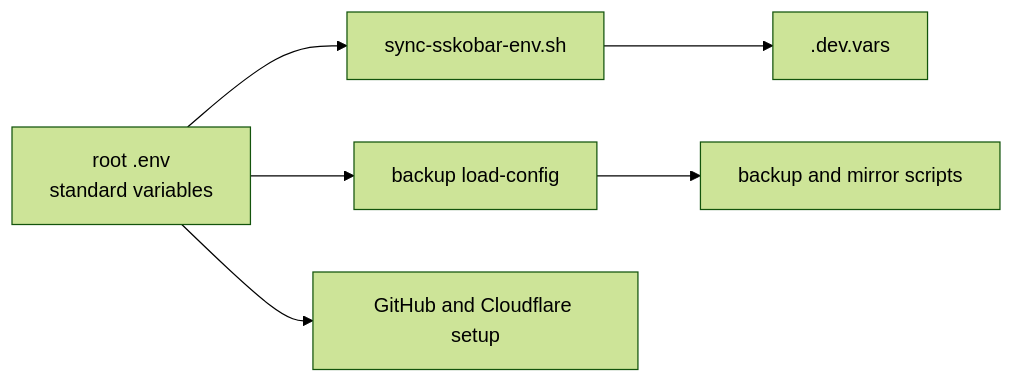
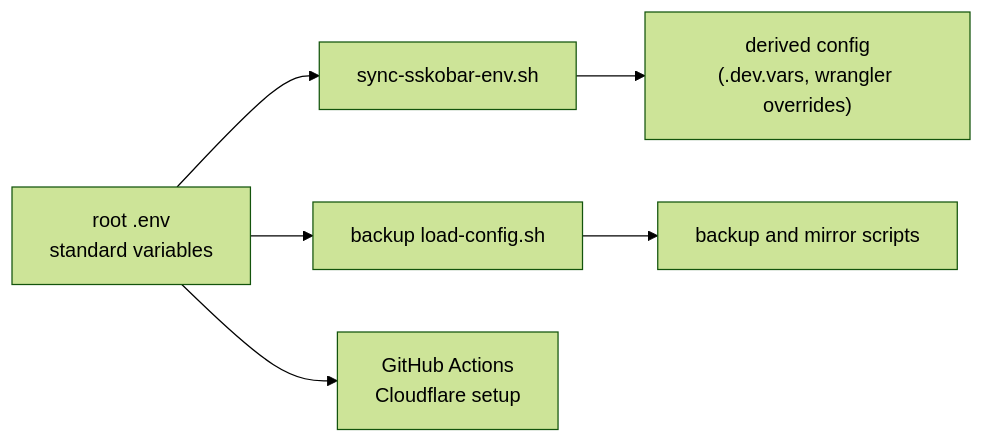
Before and after one commit to ahliweb/satusehatkobar: the second of 2 diagrams in README.md, drawn with Mermaid (forest theme). The commit also changed other lines of this file and 6651 other files, not shown here.

````diff
--- a/README.md
+++ b/README.md
@@ -52,8 +72,8 @@
 ```mermaid
 flowchart LR
-    A[root .env\nstandard variables] --> B[sync-sskobar-env.sh]
-    A --> C[backup load-config]
-    B --> D[.dev.vars]
-    C --> E[backup and mirror scripts]
-    A --> F[GitHub and Cloudflare setup]
+    A["root .env\nstandard variables"] --> B["sync-sskobar-env.sh"]
+    A --> C["backup load-config.sh"]
+    B --> D["derived config\n(.dev.vars, wrangler overrides)"]
+    C --> E["backup and mirror scripts"]
+    A --> F["GitHub Actions\nCloudflare setup"]
 ```
````
